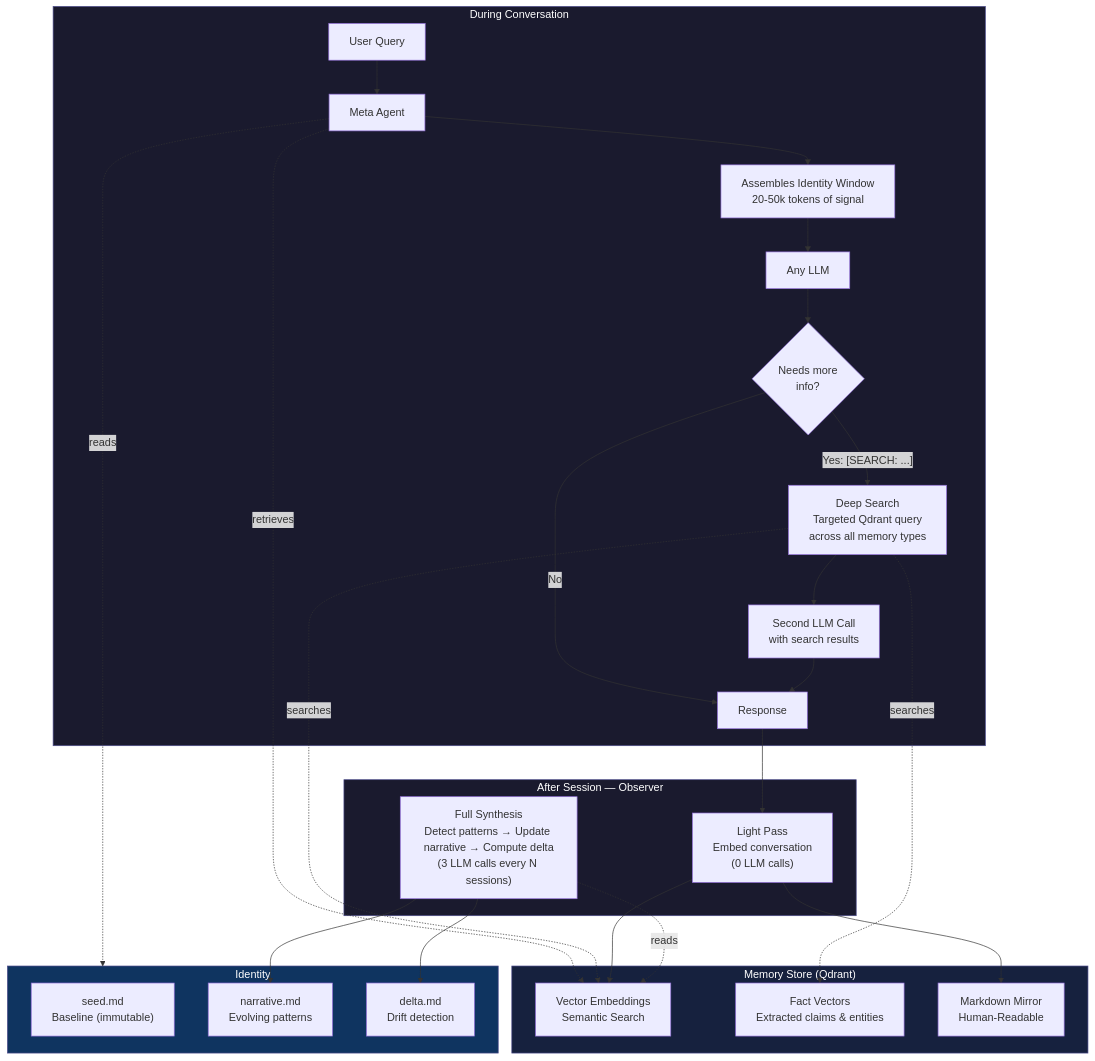
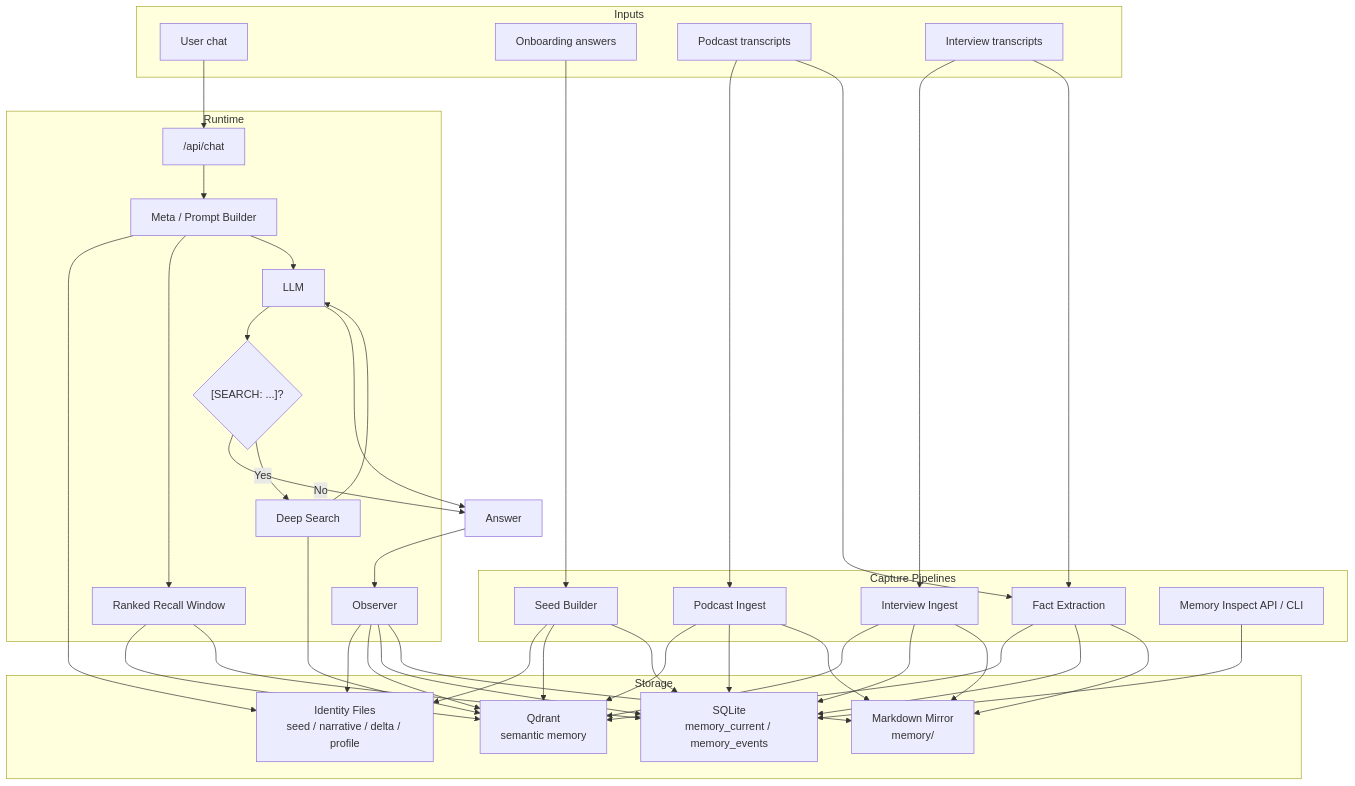
One commit to johnkf5-ops/cecil-protocol changed the diagram in README.md. Above: the diagram before and after it, drawn with Mermaid. The commit also changed other lines of this file and 35 other files, not shown here.

````diff
--- a/README.md
+++ b/README.md
@@ -9,46 +51,76 @@
 ```mermaid
 flowchart TB
-    subgraph CONVERSATION["During Conversation"]
-        Q["User Query"] --> MA["Meta Agent"]
-        MA --> IW["Assembles Identity Window\n20-50k tokens of signal"]
-        IW --> LLM["Any LLM"]
-        LLM --> CHECK{"Needs more\ninfo?"}
-        CHECK -- No --> R["Response"]
-        CHECK -- "Yes: [SEARCH: ...]" --> DS["Deep Search\nTargeted Qdrant query\nacross all memory types"]
-        DS --> LLM2["Second LLM Call\nwith search results"]
-        LLM2 --> R
+    subgraph INPUT["Inputs"]
+        U["User chat"]
+        O["Onboarding answers"]
+        P["Podcast transcripts"]
+        I["Interview transcripts"]
     end
 
-    subgraph MEMORY["Memory Store (Qdrant)"]
-        VEC["Vector Embeddings\nSemantic Search"]
-        FACTS["Fact Vectors\nExtracted claims & entities"]
-        MD["Markdown Mirror\nHuman-Readable"]
+    subgraph RUNTIME["Runtime"]
+        CHAT["/api/chat"]
+        META["Meta / Prompt Builder"]
+        RECALL["Ranked Recall Window"]
+        LLM["LLM"]
+        DS{"[SEARCH: ...]?"}
+        DEEP["Deep Search"]
+        OBS["Observer"]
     end
 
-    subgraph IDENTITY["Identity"]
-        SEED["seed.md\nBaseline (immutable)"]
-        NAR["narrative.md\nEvolving patterns"]
-        DEL["delta.md\nDrift detection"]
+    subgraph STORAGE["Storage"]
+        ID["Identity Files\nseed / narrative / delta / profile"]
+        Q["Qdrant\nsemantic memory"]
+        SQL["SQLite\nmemory_current / memory_events"]
+        MD["Markdown Mirror\nmemory/"]
     end
 
-    subgraph OBSERVER["After Session — Observer"]
-        LP["Light Pass\nEmbed conversation\n(0 LLM calls)"]
-        FS["Full Synthesis\nDetect patterns → Update narrative → Compute delta\n(3 LLM calls every N sessions)"]
+    subgraph TOOLS["Capture Pipelines"]
+        SB["Seed Builder"]
+        PI["Podcast Ingest"]
+        II["Interview Ingest"]
+        FE["Fact Extraction"]
+        INS["Memory Inspect API / CLI"]
     end
 
-    MA -. retrieves .-> VEC
-    DS -. searches .-> VEC
-    DS -. searches .-> FACTS
-    MA -. reads .-> IDENTITY
-    R --> LP
-    LP --> VEC
-    LP --> MD
-    FS --> NAR
-    FS --> DEL
-    FS -. reads .-> VEC
+    O --> SB
+    SB --> ID
+    SB --> Q
+    SB --> SQL
 
-    style CONVERSATION fill:#1a1a2e,stroke:#4a4a8a,color:#fff
-    style MEMORY fill:#16213e,stroke:#4a4a8a,color:#fff
-    style IDENTITY fill:#0f3460,stroke:#4a4a8a,color:#fff
-    style OBSERVER fill:#1a1a2e,stroke:#4a4a8a,color:#fff
+    U --> CHAT
+    CHAT --> META
+    META --> ID
+    META --> RECALL
+    RECALL --> Q
+    RECALL --> SQL
+    META --> LLM
+    LLM --> DS
+    DS -- No --> RESP["Answer"]
+    DS -- Yes --> DEEP
+    DEEP --> Q
+    DEEP --> LLM
+    LLM --> RESP
+    RESP --> OBS
+    OBS --> ID
+    OBS --> Q
+    OBS --> SQL
+    OBS --> MD
+
+    P --> PI
+    PI --> Q
+    PI --> SQL
+    PI --> MD
+
+    I --> II
+    II --> Q
+    II --> SQL
+    II --> MD
+
+    P --> FE
+    I --> FE
+    FE --> Q
+    FE --> SQL
+    FE --> MD
+
+    INS --> SQL
 ```
````
